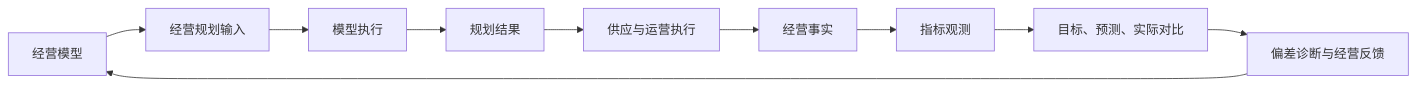
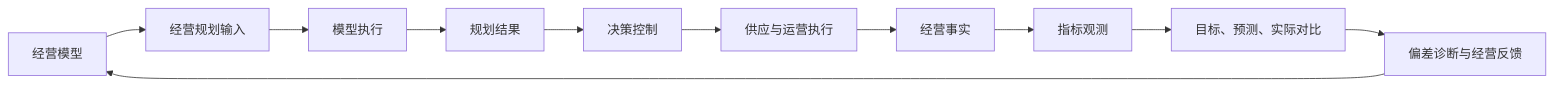
The diagram in doc/08-strategy-operating-metrics-model/00-operating-model-overview.md (Chizheng4/robotaxi), drawn with Mermaid before and after one commit. The commit also changed other lines of this file and 29 other files, not shown here.

````diff
--- a/doc/08-strategy-operating-metrics-model/00-operating-model-overview.md
+++ b/doc/08-strategy-operating-metrics-model/00-operating-model-overview.md
@@ -9,12 +9,13 @@
 ```mermaid
 flowchart LR
   A["经营模型"] --> B["经营规划输入"]
   B --> C["模型执行"]
   C --> D["规划结果"]
-  D --> E["供应与运营执行"]
-  E --> F["经营事实"]
-  F --> G["指标观测"]
-  G --> H["目标、预测、实际对比"]
-  H --> I["偏差诊断与经营反馈"]
-  I --> A
+  D --> E["决策控制"]
+  E --> F["供应与运营执行"]
+  F --> G["经营事实"]
+  G --> H["指标观测"]
+  H --> I["目标、预测、实际对比"]
+  I --> J["偏差诊断与经营反馈"]
+  J --> A
 ```
````
